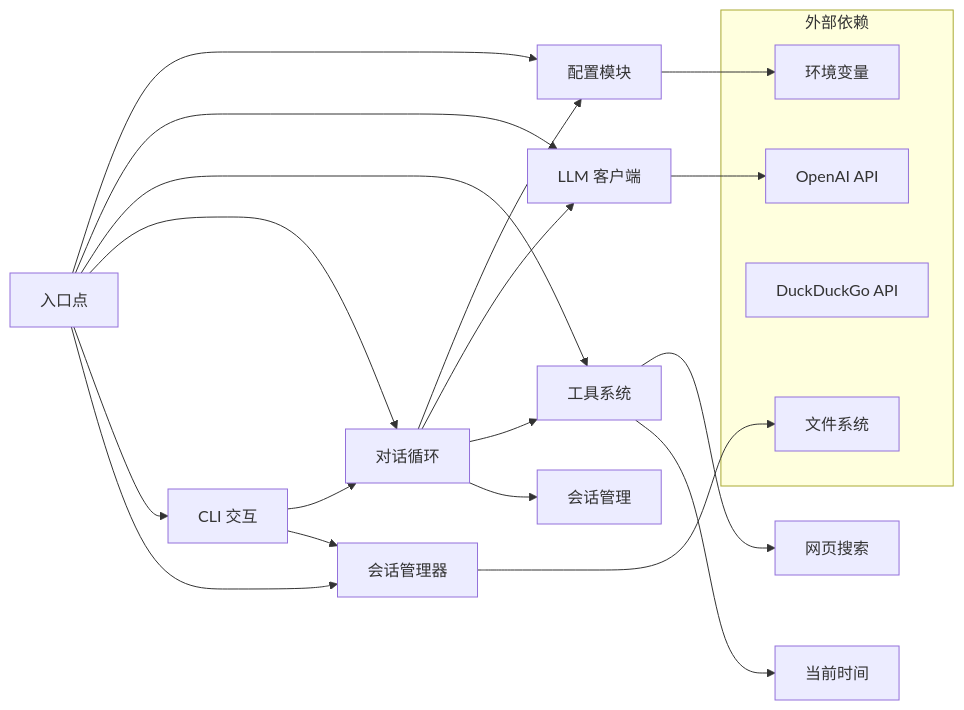
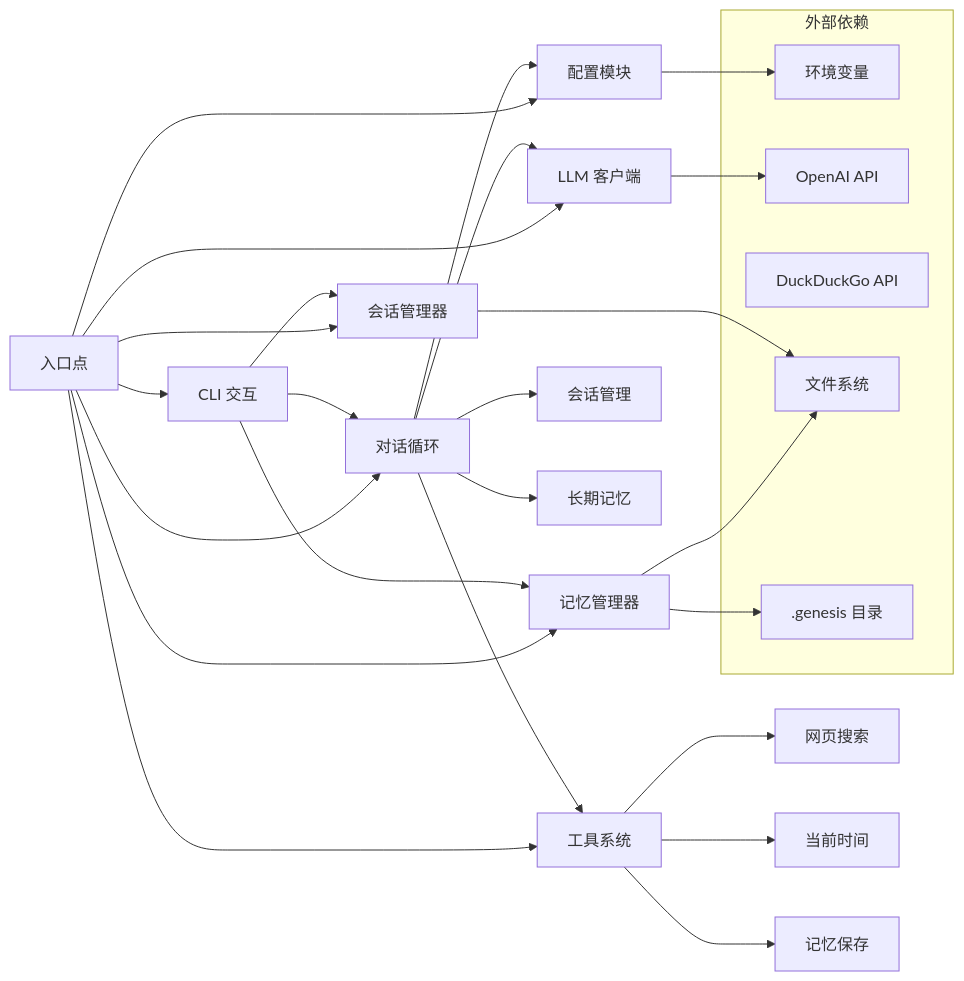
Before and after one commit to 250shiwo/MySmallAgent: diagram 13 of 13 in .qoder/repowiki/zh/content/核心模块详解/Agent 对话循环.md, drawn with Mermaid. The commit also changed other lines of this file and 41 other files, not shown here.

````diff
--- a/.qoder/repowiki/zh/content/核心模块详解/Agent 对话循环.md
+++ b/.qoder/repowiki/zh/content/核心模块详解/Agent 对话循环.md
@@ -567,26 +694,33 @@
 ```mermaid
 graph LR
 subgraph "外部依赖"
 Env[环境变量]
 OpenAI[OpenAI API]
 DuckDuckGo[DuckDuckGo API]
 FileSystem[文件系统]
+GenesisDir[.genesis 目录]
 end
 Config[配置模块] --> Env
 LLM[LLM 客户端] --> OpenAI
 Agent[对话循环] --> Config
 Agent --> LLM
 Agent --> Tools[工具系统]
 Agent --> Session[会话管理]
+Agent --> Memory[长期记忆]
 Tools --> WebSearch[网页搜索]
 Tools --> CurrentTime[当前时间]
+Tools --> MemorySave[记忆保存]
 CLI[CLI 交互] --> Agent
 CLI --> SessionManager[会话管理器]
+CLI --> MemoryManager[记忆管理器]
 SessionManager --> FileSystem
+MemoryManager --> GenesisDir
+MemoryManager --> FileSystem
 Main[入口点] --> Config
 Main --> LLM
 Main --> Tools
 Main --> Agent
 Main --> CLI
 Main --> SessionManager
+Main --> MemoryManager
 ```
````
